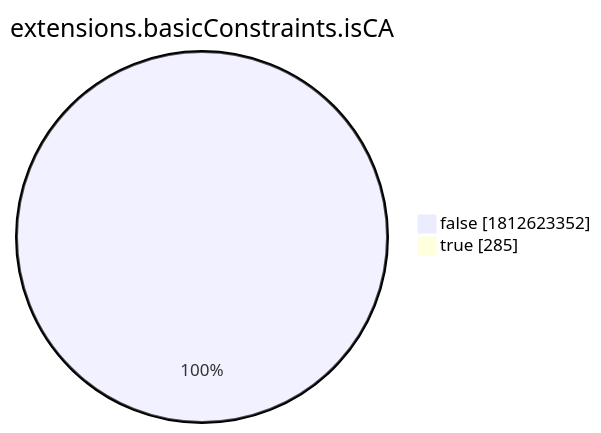
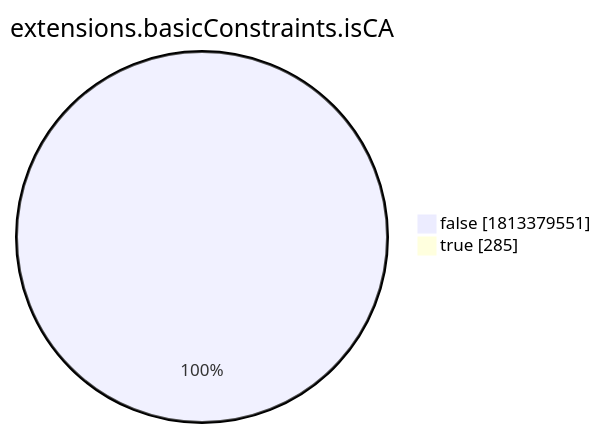
Before and after one commit to christiankrug/ctmonitor_visualization: the eighth of 15 diagrams in xenon2022/README.md, drawn with Mermaid. The commit also changed other lines of this file, not shown here.

````diff
--- a/xenon2022/README.md
+++ b/xenon2022/README.md
@@ -2868,6 +2868,6 @@
 ```mermaid
 pie showData
 title extensions.basicConstraints.isCA
-"false" :1812623352
+"false" :1813379551
 "true" :285
 ```
````
